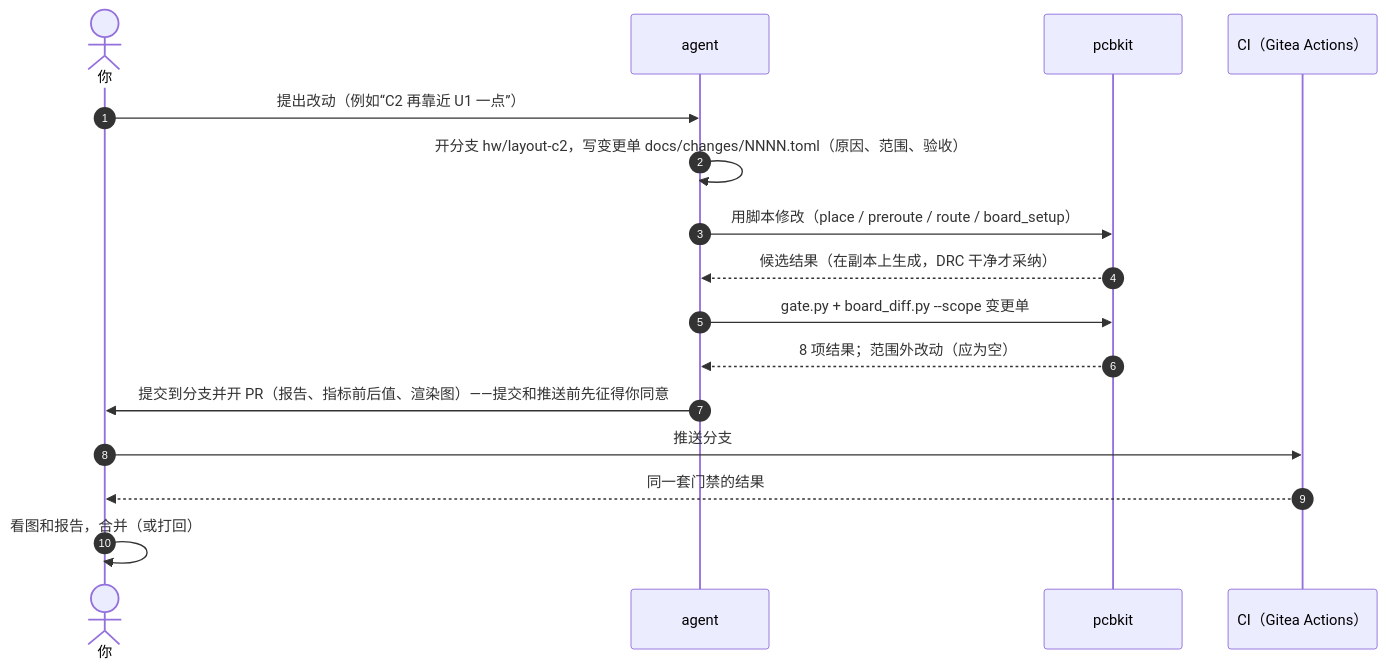
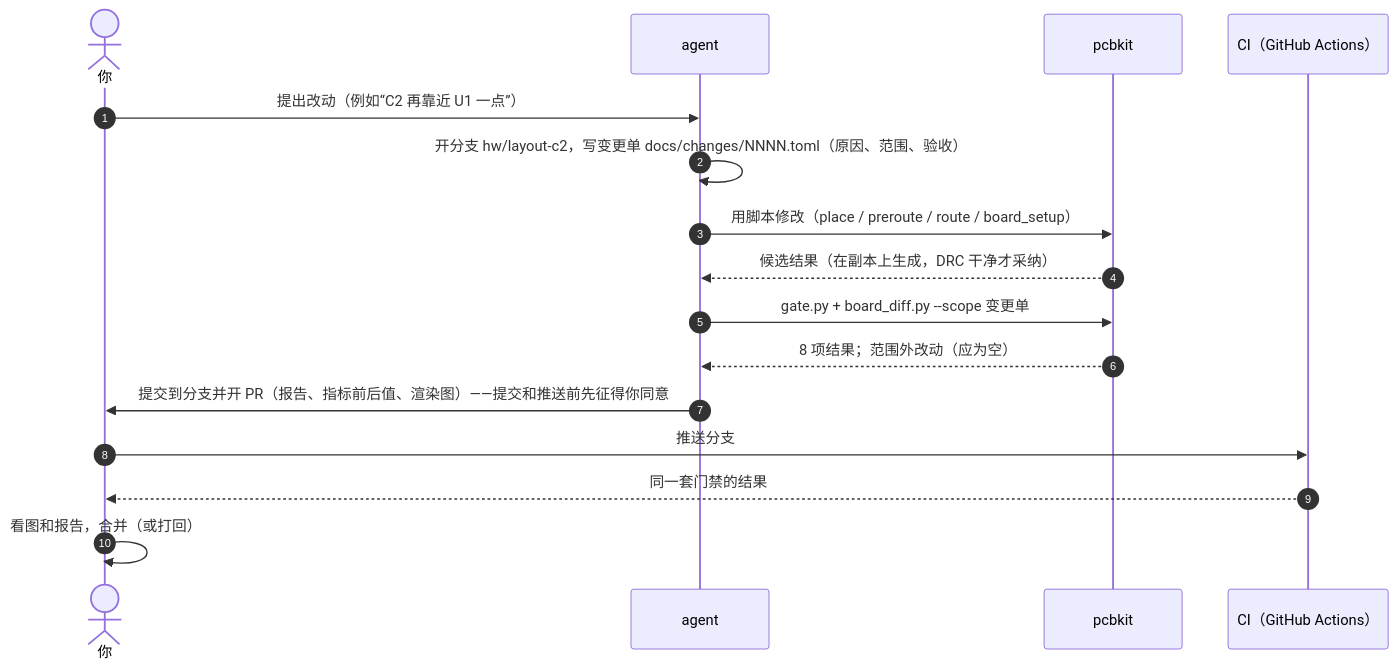
The second of 5 diagrams in docs/SKILLS.zh-CN.md (kfihihc/pcb-pipeline), drawn with Mermaid before and after one commit. The commit also changed other lines of this file and 24 other files, not shown here.

Commit message:
Add English setup guide, MIT licensing and GitHub CI templates

````diff
--- a/docs/SKILLS.zh-CN.md
+++ b/docs/SKILLS.zh-CN.md
@@ -77,18 +77,18 @@
 ```mermaid
 sequenceDiagram
   autonumber
   actor U as 你
   participant A as agent
   participant K as pcbkit
-  participant C as CI（Gitea Actions）
+  participant C as CI（GitHub Actions）
   U->>A: 提出改动（例如“C2 再靠近 U1 一点”）
   A->>A: 开分支 hw/layout-c2，写变更单 docs/changes/NNNN.toml（原因、范围、验收）
   A->>K: 用脚本修改（place / preroute / route / board_setup）
   K-->>A: 候选结果（在副本上生成，DRC 干净才采纳）
   A->>K: gate.py + board_diff.py --scope 变更单
   K-->>A: 8 项结果；范围外改动（应为空）
   A->>U: 提交到分支并开 PR（报告、指标前后值、渲染图）——提交和推送前先征得你同意
   U->>C: 推送分支
   C-->>U: 同一套门禁的结果
   U->>U: 看图和报告，合并（或打回）
 ```
````
